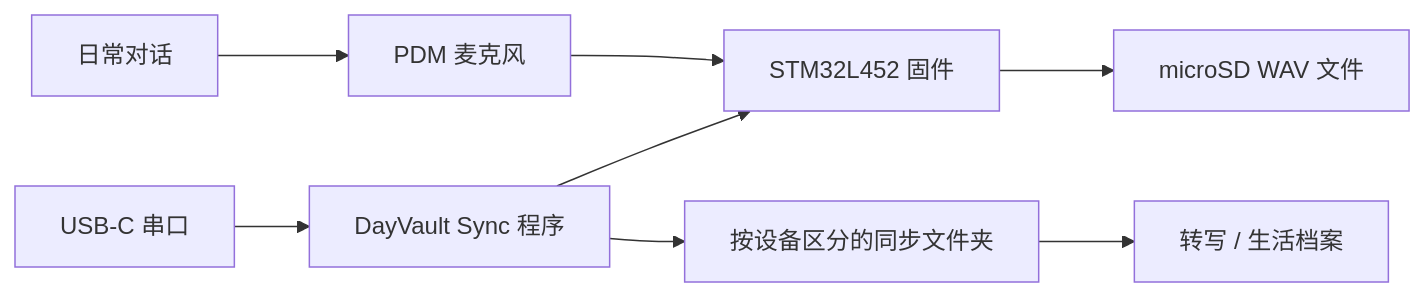
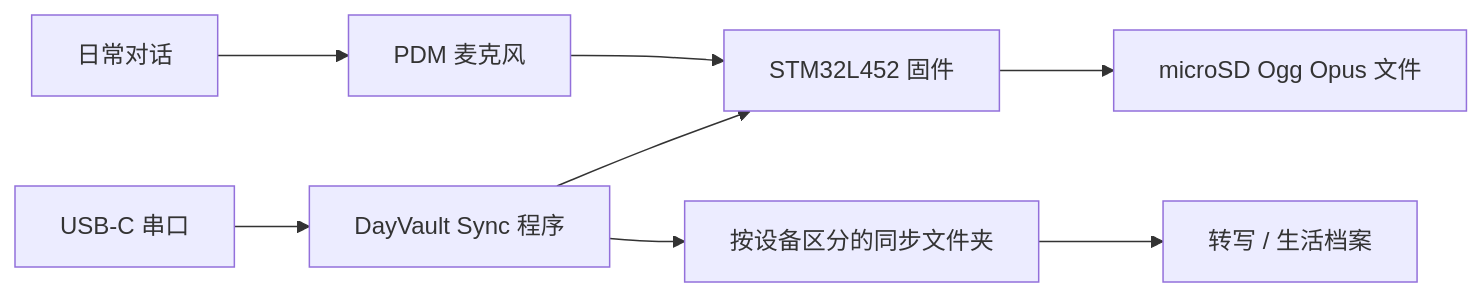
Before and after one commit to Ha22yX/DayVault: the diagram in README.zh-CN.md, drawn with Mermaid. The commit also changed other lines of this file and 3 other files, not shown here.

````diff
--- a/README.zh-CN.md
+++ b/README.zh-CN.md
@@ -131,10 +137,10 @@
 ```mermaid
 flowchart LR
     Speech["日常对话"] --> Mic["PDM 麦克风"]
     Mic --> MCU["STM32L452 固件"]
-    MCU --> SD["microSD WAV 文件"]
+    MCU --> SD["microSD Ogg Opus 文件"]
     USB["USB-C 串口"] --> Host["DayVault Sync 程序"]
     Host --> Folder["按设备区分的同步文件夹"]
     Folder --> Archive["转写 / 生活档案"]
     Host --> MCU
 ```
````
